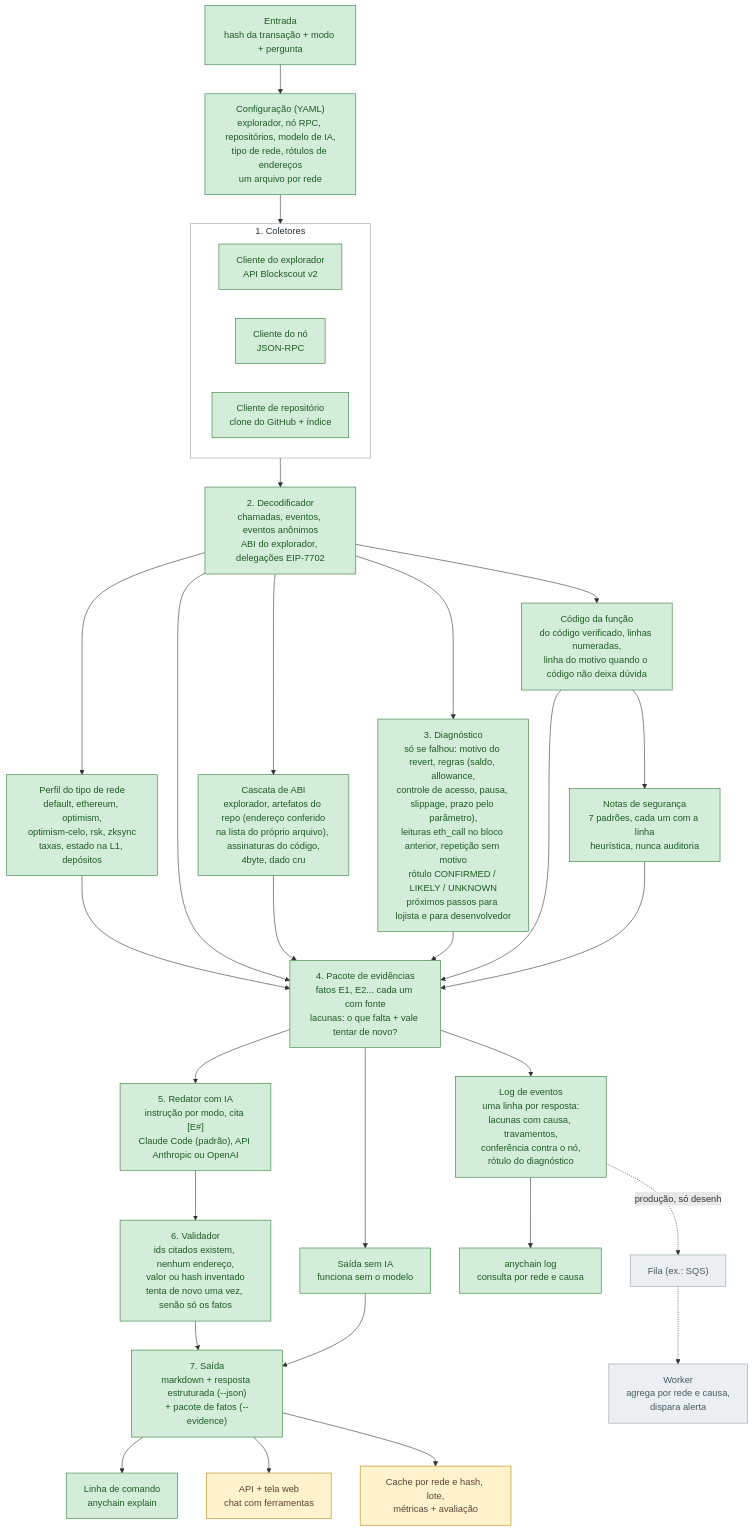
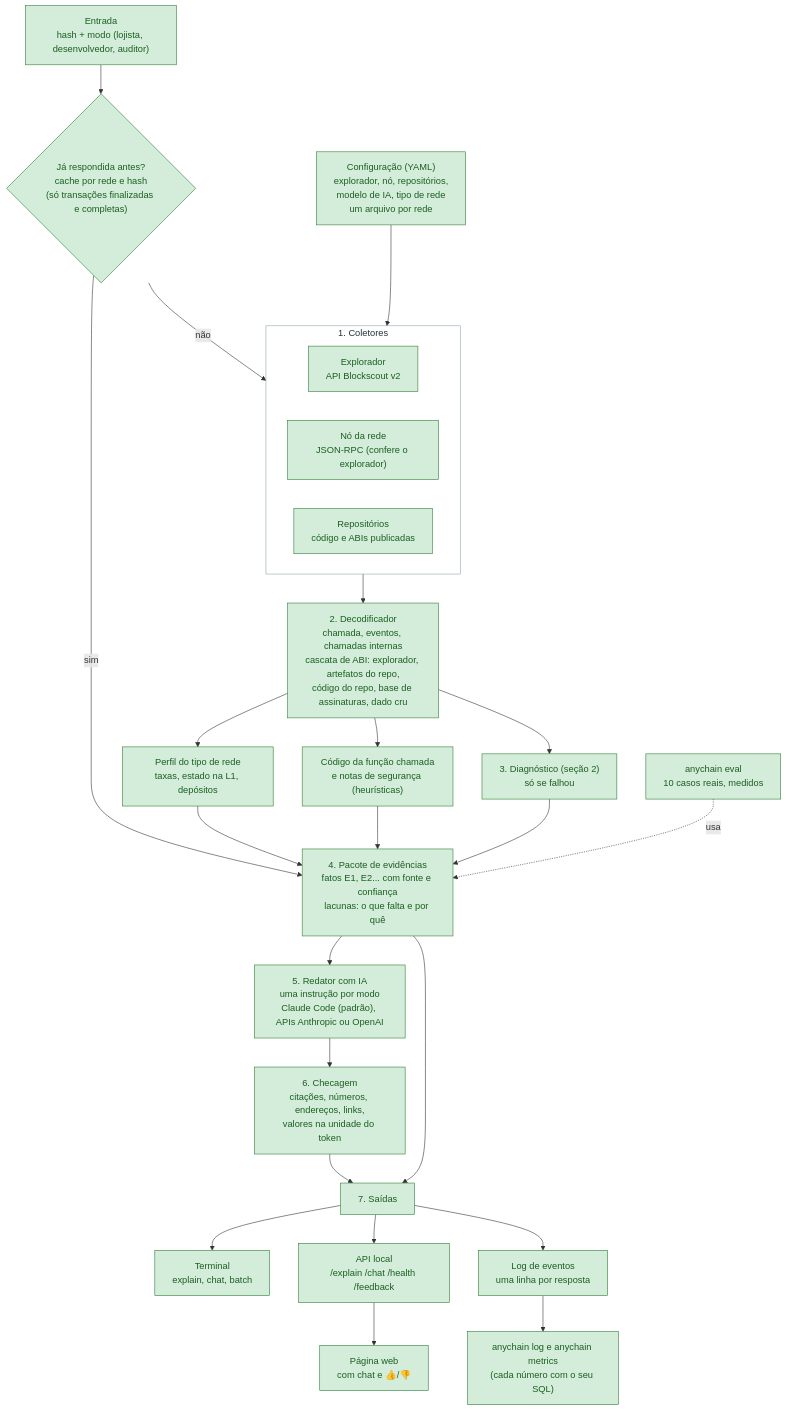
One commit to Ebaoj/anychain changed the second of 9 diagrams in docs/ARCHITECTURE.pt-BR.md. Above: the diagram before and after it, drawn with Mermaid. The commit also changed other lines of this file, not shown here.

Commit message:
Architecture (pt-BR): Phase 3 up to T5, a one-minute overview, how the diagnosis decides, the chat, quality

````diff
--- a/docs/ARCHITECTURE.pt-BR.md
+++ b/docs/ARCHITECTURE.pt-BR.md
@@ -20,50 +46,38 @@
 ```mermaid
 flowchart TD
-    IN["Entrada<br/>hash da transação + modo + pergunta"] --> CFG
+    IN["Entrada<br/>hash + modo (lojista, desenvolvedor, auditor)"] --> CACHE
+    CACHE{"Já respondida antes?<br/>cache por rede e hash<br/>(só transações finalizadas e completas)"} -->|sim| BUN
+    CACHE -->|não| COL
+    CFG["Configuração (YAML)<br/>explorador, nó, repositórios,<br/>modelo de IA, tipo de rede<br/>um arquivo por rede"] --> COL
 
-    CFG["Configuração (YAML)<br/>explorador, nó RPC, repositórios, modelo de IA,<br/>tipo de rede, rótulos de endereços<br/>um arquivo por rede"]
-
-    CFG --> COL
     subgraph COL["1. Coletores"]
-        EXP["Cliente do explorador<br/>API Blockscout v2"]
-        RPC["Cliente do nó<br/>JSON-RPC"]
-        REPO["Cliente de repositório<br/>clone do GitHub + índice"]
+        EXP["Explorador<br/>API Blockscout v2"]
+        RPC["Nó da rede<br/>JSON-RPC (confere o explorador)"]
+        REPO["Repositórios<br/>código e ABIs publicadas"]
     end
 
-    COL --> DEC["2. Decodificador<br/>chamadas, eventos, eventos anônimos<br/>ABI do explorador, delegações EIP-7702"]
-    DEC --> PRO["Perfil do tipo de rede<br/>default, ethereum, optimism,<br/>optimism-celo, rsk, zksync<br/>taxas, estado na L1, depósitos"]
+    COL --> DEC["2. Decodificador<br/>chamada, eventos, chamadas internas<br/>cascata de ABI: explorador, artefatos do repo,<br/>código do repo, base de assinaturas, dado cru"]
+    DEC --> PRO["Perfil do tipo de rede<br/>taxas, estado na L1, depósitos"]
+    DEC --> CODE["Código da função chamada<br/>e notas de segurança (heurísticas)"]
+    DEC --> DIAG["3. Diagnóstico (seção 2)<br/>só se falhou"]
     PRO --> BUN
-    DEC --> CAS["Cascata de ABI<br/>explorador, artefatos do repo (endereço conferido<br/>na lista do próprio arquivo), assinaturas do código,<br/>4byte, dado cru"]
-    DEC --> DIAG["3. Diagnóstico<br/>só se falhou: motivo do revert, regras (saldo, allowance,<br/>controle de acesso, pausa, slippage, prazo pelo parâmetro),<br/>leituras eth_call no bloco anterior, repetição sem motivo<br/>rótulo CONFIRMED / LIKELY / UNKNOWN<br/>próximos passos para lojista e para desenvolvedor"]
-    DEC --> CODE["Código da função<br/>do código verificado, linhas numeradas,<br/>linha do motivo quando o código não deixa dúvida"]
-    CODE --> SEC["Notas de segurança<br/>7 padrões, cada um com a linha<br/>heurística, nunca auditoria"]
-    DEC --> BUN
-    CAS --> BUN
+    CODE --> BUN
     DIAG --> BUN
-    CODE --> BUN
-    SEC --> BUN
 
-    BUN["4. Pacote de evidências<br/>fatos E1, E2... cada um com fonte<br/>lacunas: o que falta + vale tentar de novo?"]
-    BUN --> WRI["5. Redator com IA<br/>instrução por modo, cita [E#]<br/>Claude Code (padrão), API Anthropic ou OpenAI"]
-    BUN --> REN["Saída sem IA<br/>funciona sem o modelo"]
-    WRI --> VAL["6. Validador<br/>ids citados existem, nenhum endereço,<br/>valor ou hash inventado<br/>tenta de novo uma vez, senão só os fatos"]
-    VAL --> OUT
-    REN --> OUT
+    BUN["4. Pacote de evidências<br/>fatos E1, E2... com fonte e confiança<br/>lacunas: o que falta e por quê"]
+    BUN --> WRI["5. Redator com IA<br/>uma instrução por modo<br/>Claude Code (padrão), APIs Anthropic ou OpenAI"]
+    WRI --> VAL["6. Checagem<br/>citações, números, endereços, links,<br/>valores na unidade do token"]
+    VAL --> OUT["7. Saídas"]
+    BUN --> OUT
 
-    OUT["7. Saída<br/>markdown + resposta estruturada (--json)<br/>+ pacote de fatos (--evidence)"] --> CLI["Linha de comando<br/>anychain explain"]
-    OUT --> API["API + tela web<br/>chat com ferramentas"]
-    OUT --> DB["Cache por rede e hash, lote,<br/>métricas + avaliação"]
-    BUN --> LOG["Log de eventos<br/>uma linha por resposta:<br/>lacunas com causa, travamentos,<br/>conferência contra o nó,<br/>rótulo do diagnóstico"]
-    LOG --> QRY["anychain log<br/>consulta por rede e causa"]
-    LOG -.produção, só desenho.-> FILA["Fila (ex.: SQS)"]
-    FILA -.-> WRK["Worker<br/>agrega por rede e causa,<br/>dispara alerta"]
+    OUT --> CLI["Terminal<br/>explain, chat, batch"]
+    OUT --> API["API local<br/>/explain /chat /health /feedback"]
+    API --> PAGE["Página web<br/>com chat e 👍/👎"]
+    OUT --> LOG["Log de eventos<br/>uma linha por resposta"]
+    LOG --> MET["anychain log e anychain metrics<br/>(cada número com o seu SQL)"]
+    EVAL["anychain eval<br/>10 casos reais, medidos"] -.usa.-> BUN
 
     classDef done fill:#d4edda,stroke:#2e7d32,color:#1b5e20
-    classDef next fill:#fff3cd,stroke:#b8860b,color:#5d4037
-    classDef later fill:#eceff1,stroke:#90a4ae,color:#455a64
-
-    class IN,CFG,EXP,RPC,DEC,PRO,BUN,WRI,REN,OUT,CLI,LOG,QRY,VAL,DIAG,REPO,CAS,CODE,SEC done
-    class API,DB next
-    class FILA,WRK later
+    class IN,CACHE,CFG,EXP,RPC,REPO,DEC,PRO,CODE,DIAG,BUN,WRI,VAL,OUT,CLI,API,PAGE,LOG,MET,EVAL done
     style COL fill:#ffffff,stroke:#90a4ae,color:#263238
 ```
````
